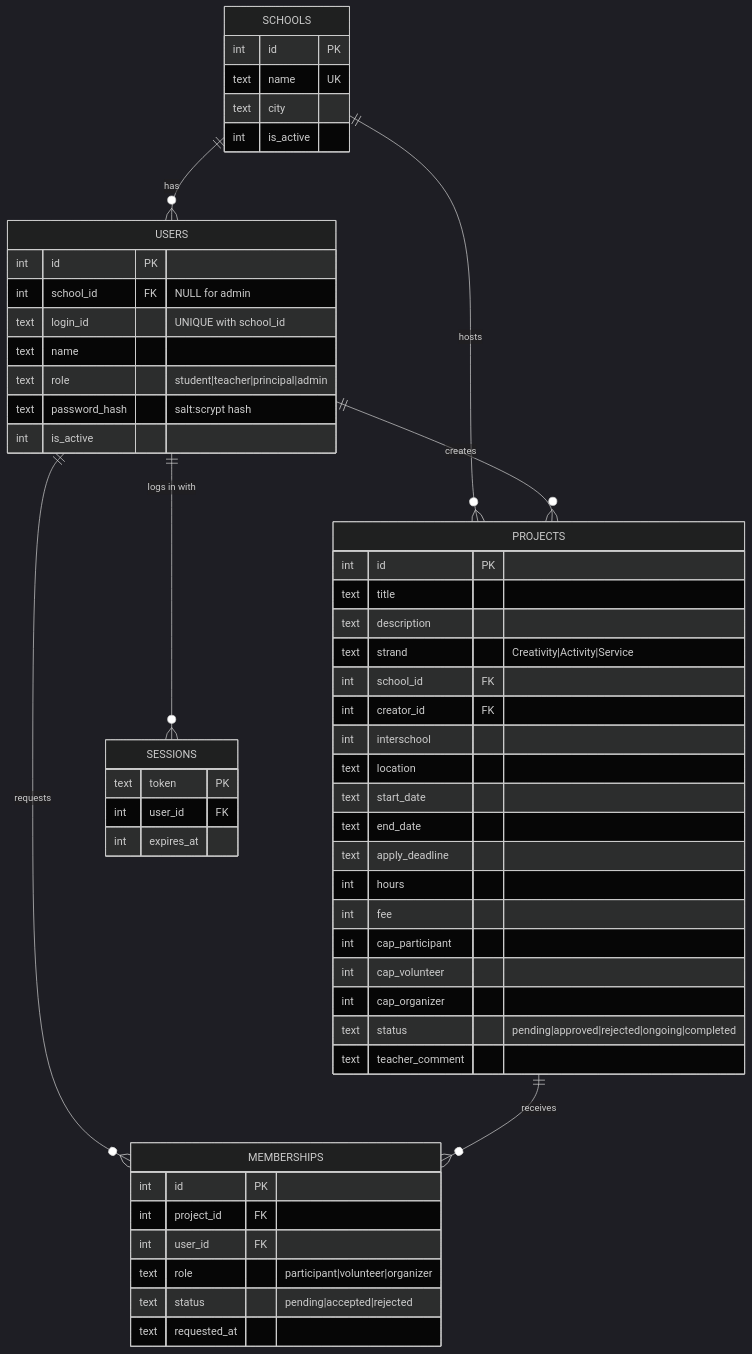
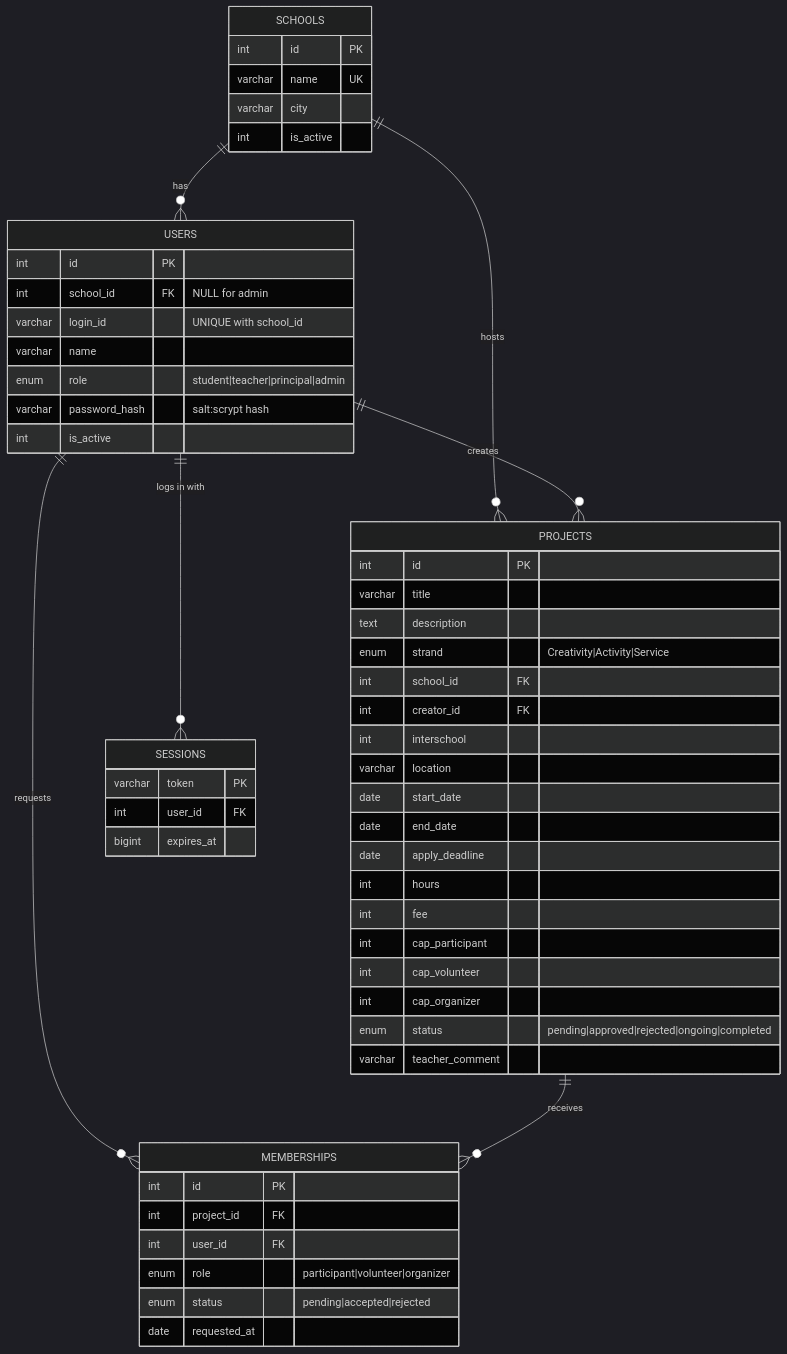
One commit to Jainil57/CAS-ACTIVITIES-FINDER- changed the diagram in docs/diagrams/c2-erd.mmd. Above: the diagram before and after it, drawn with Mermaid (dark theme). The commit also changed 45 other files, not shown here.

```diff
--- a/docs/diagrams/c2-erd.mmd
+++ b/docs/diagrams/c2-erd.mmd
@@ -1,55 +1,55 @@
 erDiagram
   SCHOOLS ||--o{ USERS : "has"
   SCHOOLS ||--o{ PROJECTS : "hosts"
   USERS ||--o{ PROJECTS : "creates"
   USERS ||--o{ MEMBERSHIPS : "requests"
   PROJECTS ||--o{ MEMBERSHIPS : "receives"
   USERS ||--o{ SESSIONS : "logs in with"
   SCHOOLS {
     int id PK
-    text name UK
-    text city
+    varchar name UK
+    varchar city
     int is_active
   }
   USERS {
     int id PK
     int school_id FK "NULL for admin"
-    text login_id "UNIQUE with school_id"
-    text name
-    text role "student|teacher|principal|admin"
-    text password_hash "salt:scrypt hash"
+    varchar login_id "UNIQUE with school_id"
+    varchar name
+    enum role "student|teacher|principal|admin"
+    varchar password_hash "salt:scrypt hash"
     int is_active
   }
   PROJECTS {
     int id PK
-    text title
+    varchar title
     text description
-    text strand "Creativity|Activity|Service"
+    enum strand "Creativity|Activity|Service"
     int school_id FK
     int creator_id FK
     int interschool
-    text location
-    text start_date
-    text end_date
-    text apply_deadline
+    varchar location
+    date start_date
+    date end_date
+    date apply_deadline
     int hours
     int fee
     int cap_participant
     int cap_volunteer
     int cap_organizer
-    text status "pending|approved|rejected|ongoing|completed"
-    text teacher_comment
+    enum status "pending|approved|rejected|ongoing|completed"
+    varchar teacher_comment
   }
   MEMBERSHIPS {
     int id PK
     int project_id FK
     int user_id FK
-    text role "participant|volunteer|organizer"
-    text status "pending|accepted|rejected"
-    text requested_at
+    enum role "participant|volunteer|organizer"
+    enum status "pending|accepted|rejected"
+    date requested_at
   }
   SESSIONS {
-    text token PK
+    varchar token PK
     int user_id FK
-    int expires_at
+    bigint expires_at
   }
```
